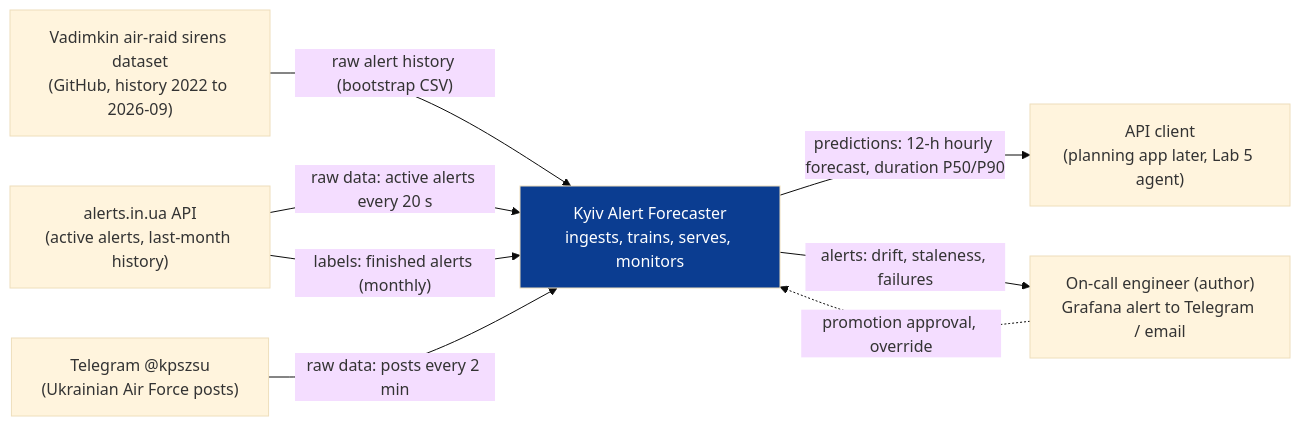
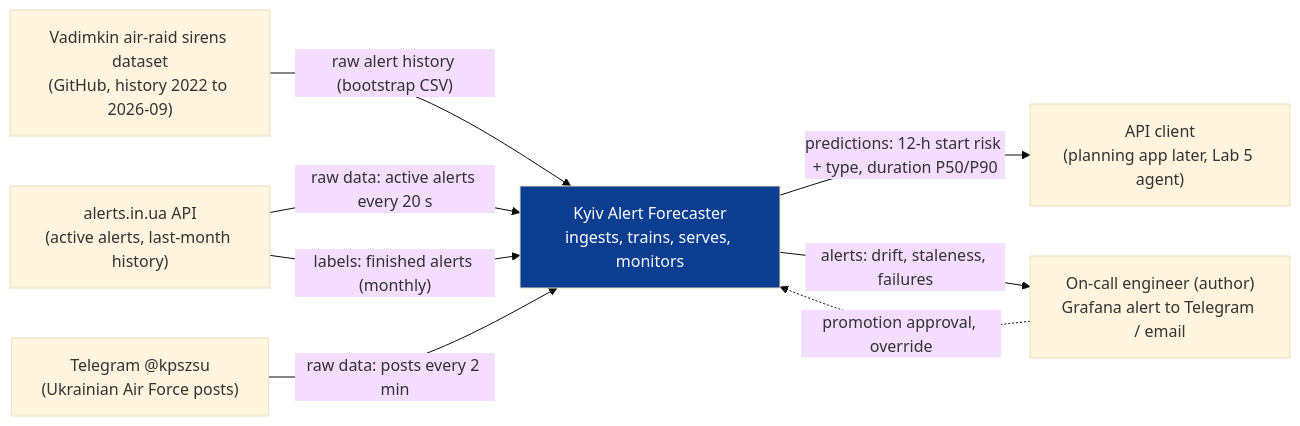
The first of 4 diagrams in docs/design.md (kvitoslava-yarish/mlops-2026), drawn with Mermaid (base theme) before and after one commit. The commit also changed other lines of this file and 1 other file, not shown here.

Commit message:
README for first-time readers; readable deployment diagrams

````diff
--- a/docs/design.md
+++ b/docs/design.md
@@ -293,19 +221,19 @@
 ```mermaid
 flowchart LR
     vad["Vadimkin air-raid sirens dataset<br/>(GitHub, history 2022 to 2026-09)"]
     aiu["alerts.in.ua API<br/>(active alerts, last-month history)"]
     tg["Telegram @kpszsu<br/>(Ukrainian Air Force posts)"]
     sys["Kyiv Alert Forecaster<br/>ingests, trains, serves, monitors"]
     cli["API client<br/>(planning app later, Lab 5 agent)"]
     onc["On-call engineer (author)<br/>Grafana alert to Telegram / email"]
 
     vad -- "raw alert history (bootstrap CSV)" --> sys
     aiu -- "raw data: active alerts every 20 s" --> sys
     aiu -- "labels: finished alerts (monthly)" --> sys
     tg -- "raw data: posts every 2 min" --> sys
-    sys -- "predictions: 12-h hourly forecast, duration P50/P90" --> cli
+    sys -- "predictions: 12-h start risk + type, duration P50/P90" --> cli
     sys -- "alerts: drift, staleness, failures" --> onc
     onc -. "promotion approval, override" .-> sys
 
     style sys fill:#0b3d91,color:#ffffff
 ```
````
